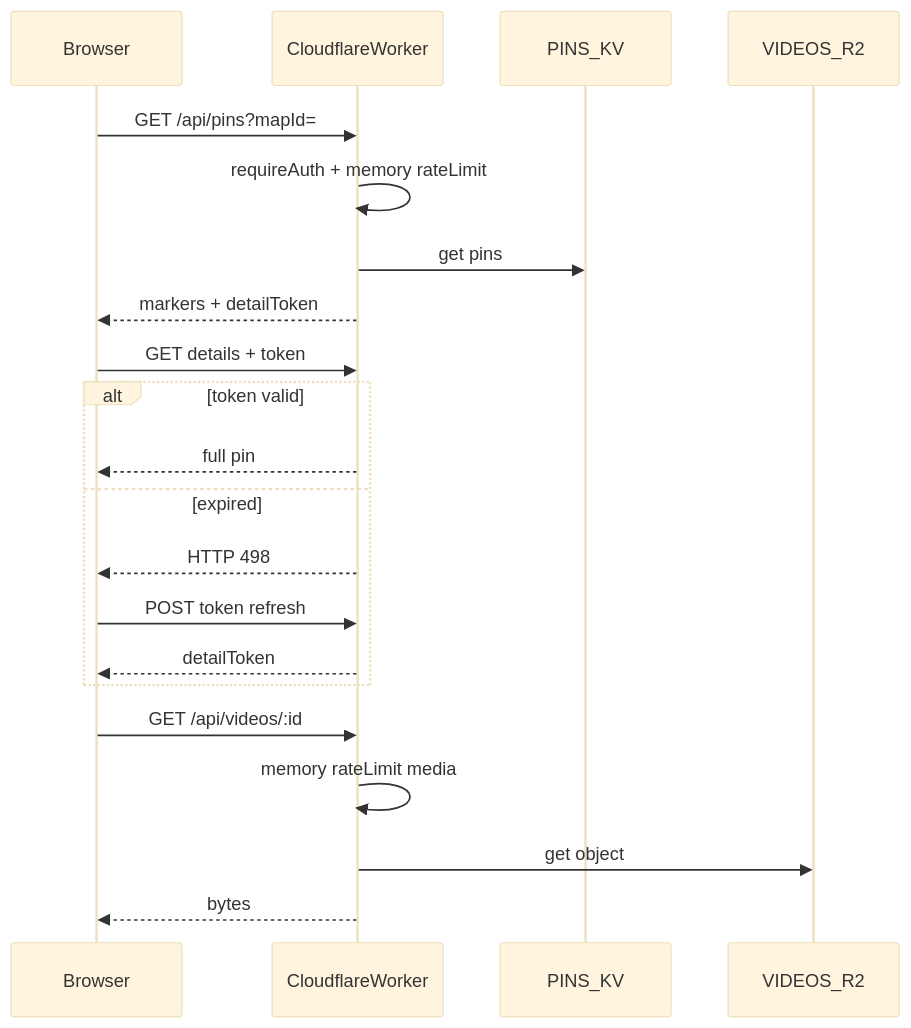
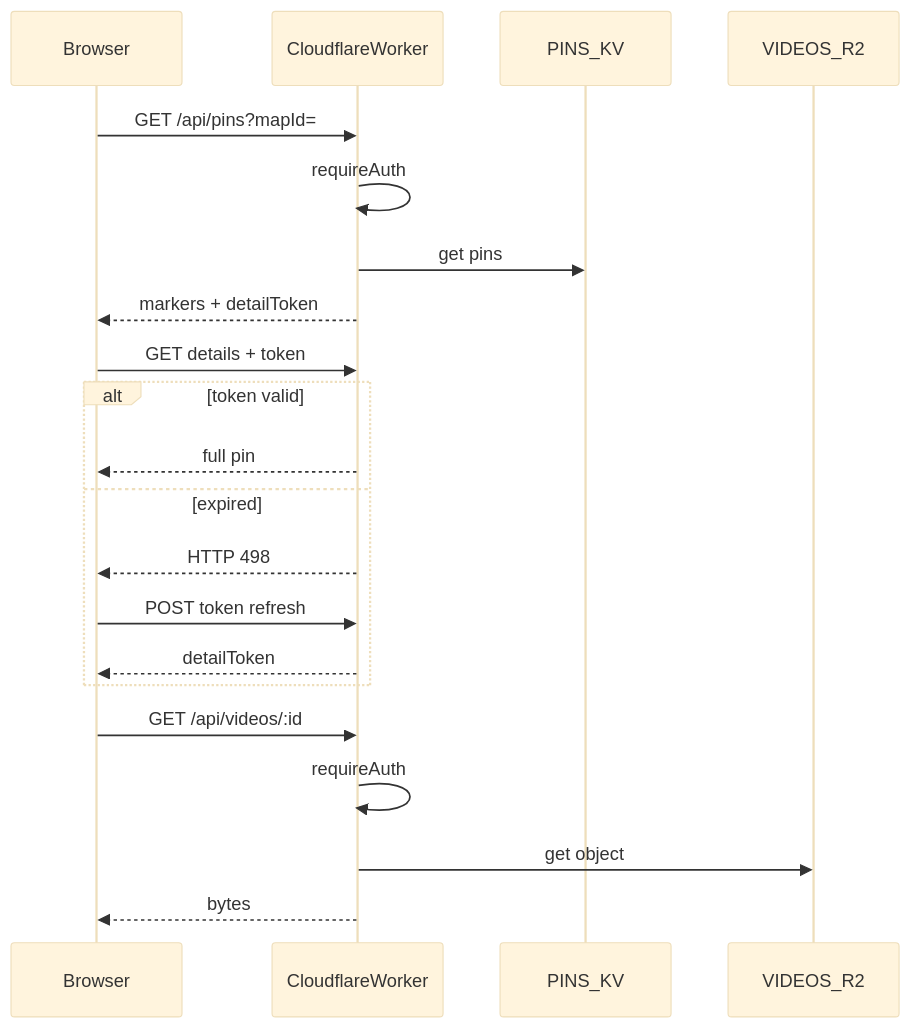
One commit to Djurre1981/hll-tactika-test changed the diagram in docs/security-plan.md. Above: the diagram before and after it, drawn with Mermaid (base theme). The commit also changed other lines of this file and 19 other files, not shown here.

````diff
--- a/docs/security-plan.md
+++ b/docs/security-plan.md
@@ -97,26 +73,26 @@
 ```mermaid
 sequenceDiagram
   participant Browser
   participant Worker as CloudflareWorker
   participant KV as PINS_KV
   participant R2 as VIDEOS_R2
 
   Browser->>Worker: GET /api/pins?mapId=
-  Worker->>Worker: requireAuth + memory rateLimit
+  Worker->>Worker: requireAuth
   Worker->>KV: get pins
   Worker-->>Browser: markers + detailToken
 
   Browser->>Worker: GET details + token
   alt token valid
     Worker-->>Browser: full pin
   else expired
     Worker-->>Browser: HTTP 498
     Browser->>Worker: POST token refresh
     Worker-->>Browser: detailToken
   end
 
   Browser->>Worker: GET /api/videos/:id
-  Worker->>Worker: memory rateLimit media
+  Worker->>Worker: requireAuth
   Worker->>R2: get object
   Worker-->>Browser: bytes
 ```
````
